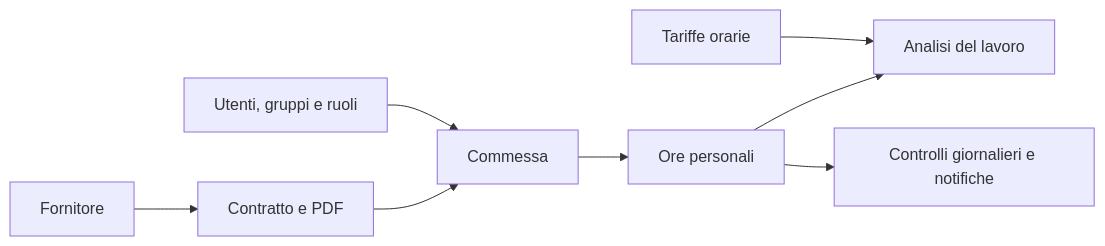
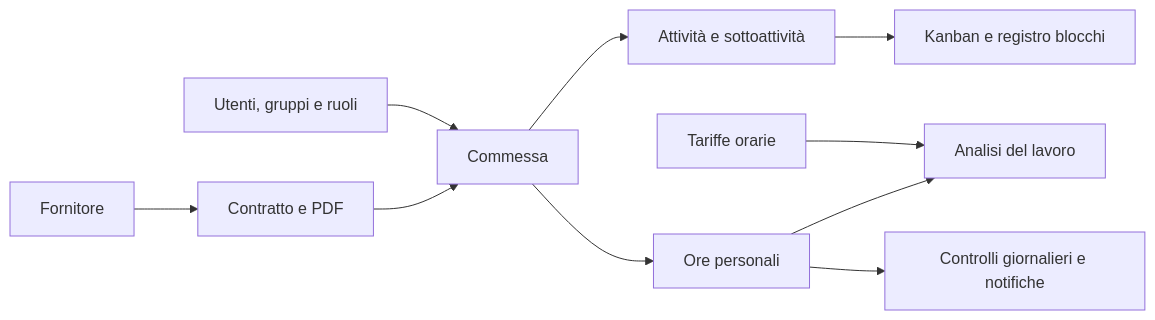
The diagram in docs/prod/panoramica.md (GiorgioOppo/Project-manager), drawn with Mermaid before and after one commit. The commit also changed other lines of this file and 99 other files, not shown here.

````diff
--- a/docs/prod/panoramica.md
+++ b/docs/prod/panoramica.md
@@ -11,10 +11,12 @@
 ```mermaid
 flowchart LR
   F[Fornitore] --> C[Contratto e PDF]
   C --> J[Commessa]
   A[Utenti, gruppi e ruoli] --> J
+  J --> K[Attività e sottoattività]
+  K --> B[Kanban e registro blocchi]
   J --> O[Ore personali]
   O --> R[Analisi del lavoro]
   T[Tariffe orarie] --> R
   O --> N[Controlli giornalieri e notifiche]
 ```
````
